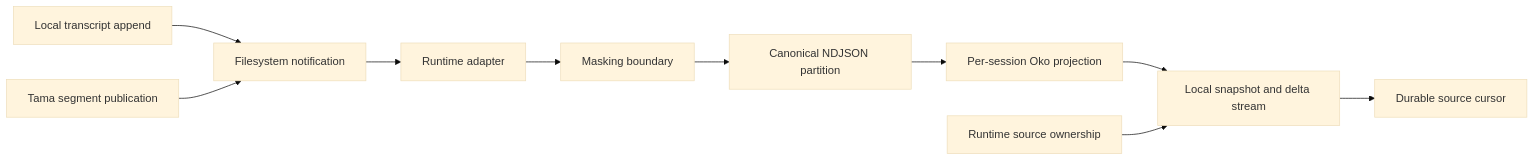
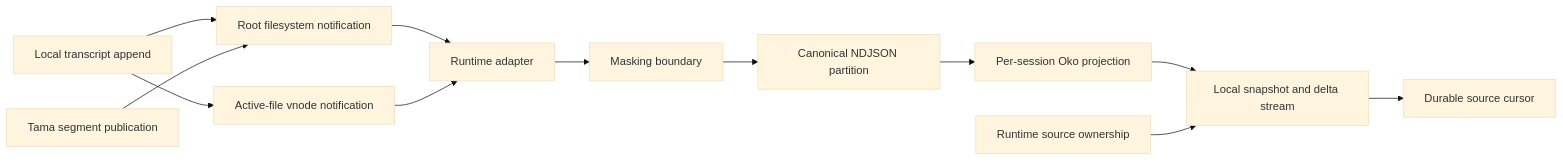
The diagram in README.md (wisent-ai/transcript-lake), drawn with Mermaid (base theme) before and after one commit. The commit also changed other lines of this file and 4 other files, not shown here.

Commit message:
Keep active transcript sessions streaming

````diff
--- a/README.md
+++ b/README.md
@@ -80,12 +80,14 @@
 ```mermaid
 flowchart LR
-    A[Local transcript append] --> B[Filesystem notification]
+    A[Local transcript append] --> B[Root filesystem notification]
+    A --> V[Active-file vnode notification]
     H[Tama segment publication] --> B
     B --> C[Runtime adapter]
+    V --> C
     C --> D[Masking boundary]
     D --> E[Canonical NDJSON partition]
     E --> G[Per-session Oko projection]
     G --> I[Local snapshot and delta stream]
     I --> F[Durable source cursor]
     P[Runtime source ownership] --> I
 ```
````
